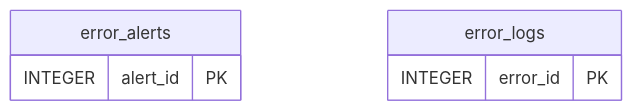
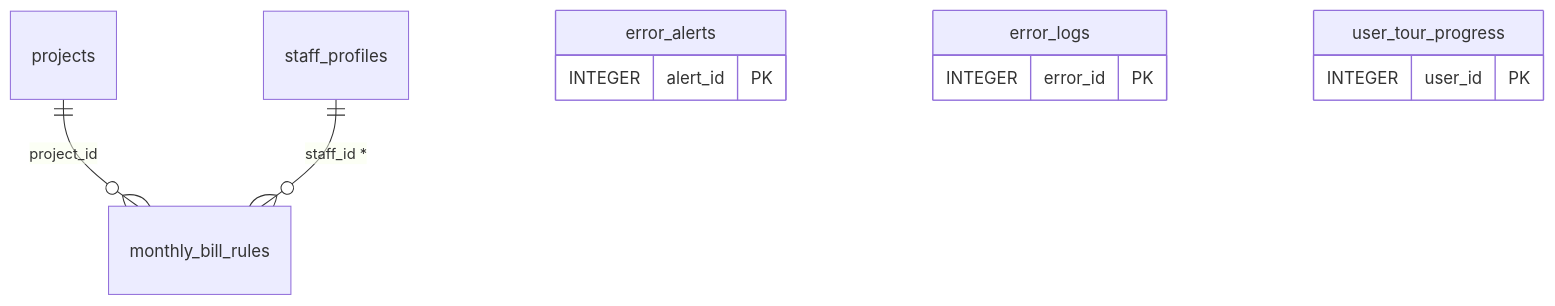
Before and after one commit to daichi763/MBsaas: diagram 11 of 11 in docs/db.md, drawn with Mermaid. The commit also changed other lines of this file and 6 other files, not shown here.

````diff
--- a/docs/db.md
+++ b/docs/db.md
@@ -450,9 +453,14 @@
 ```mermaid
 erDiagram
+  projects ||--o{ monthly_bill_rules : "project_id"
+  staff_profiles ||--o{ monthly_bill_rules : "staff_id *"
   error_alerts {
     INTEGER alert_id PK
   }
   error_logs {
     INTEGER error_id PK
   }
+  user_tour_progress {
+    INTEGER user_id PK
+  }
 ```
````
